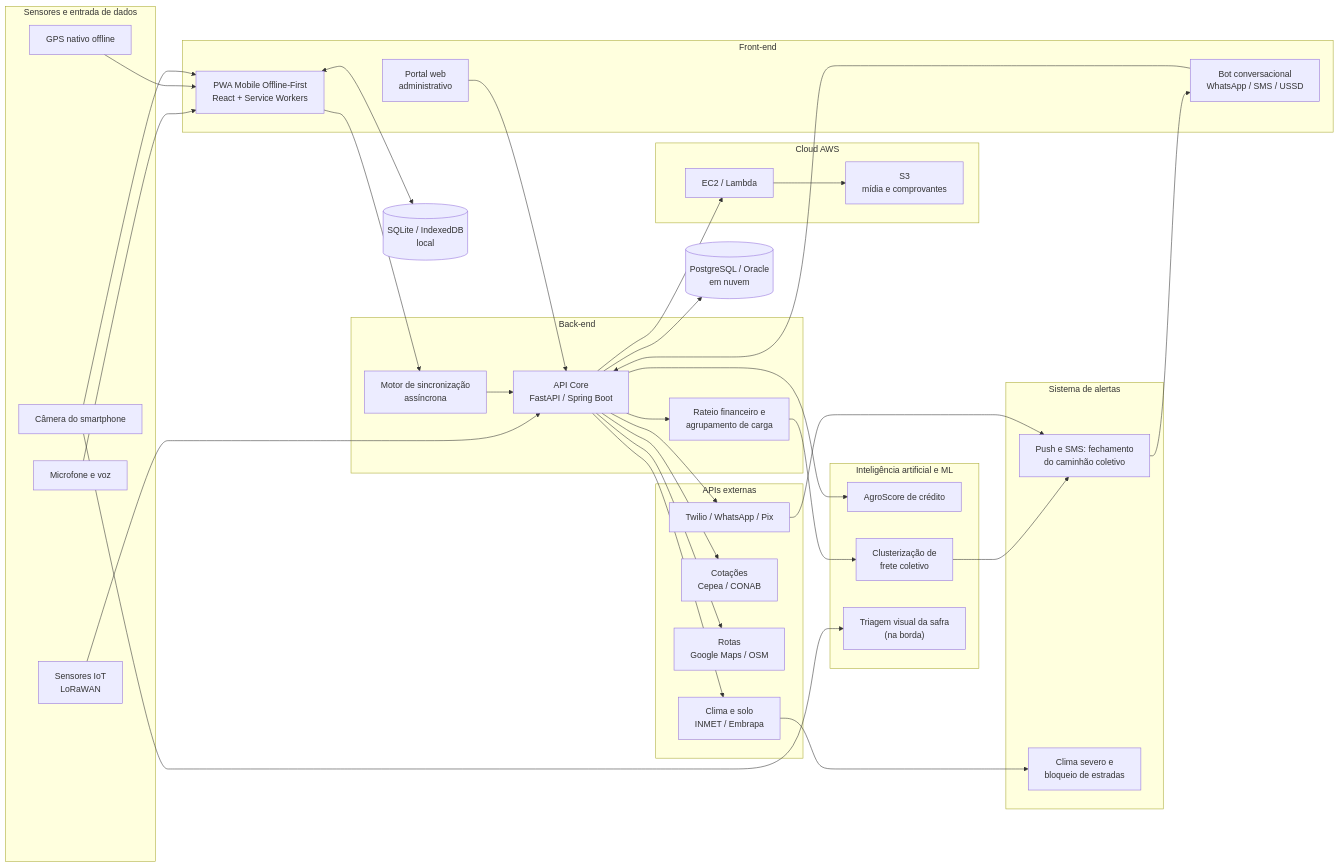
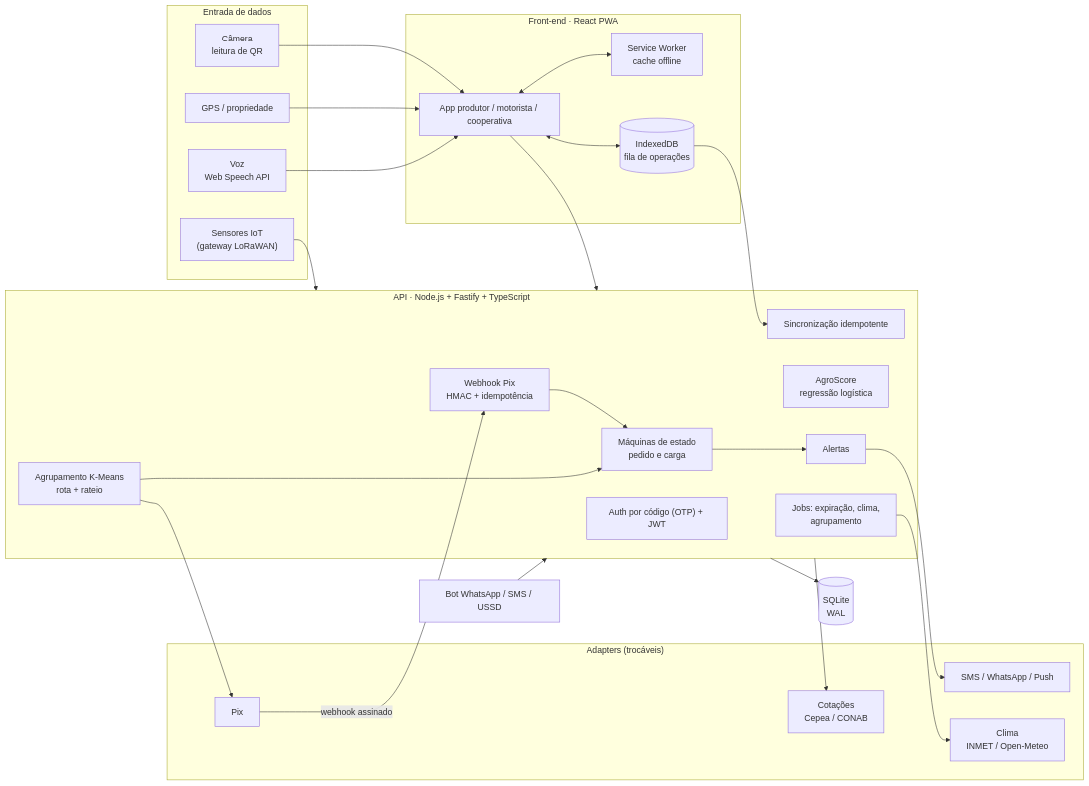
One commit to Codebynaty/agrosync changed the first of 5 diagrams in README.md. Above: the diagram before and after it, drawn with Mermaid. The commit also changed other lines of this file and 77 other files, not shown here.

First line of the commit message:
Implementa o AgroSync: API, PWA offline-first e testes

````diff
--- a/README.md
+++ b/README.md
@@ -64,73 +130,56 @@
 ```mermaid
 flowchart LR
-    subgraph Campo["Sensores e entrada de dados"]
-        IOT["Sensores IoT<br/>LoRaWAN"]
-        MIC["Microfone e voz"]
-        GPS["GPS nativo offline"]
-        CAM["Câmera do smartphone"]
+    subgraph Campo["Entrada de dados"]
+        VOZ["Voz<br/>Web Speech API"]
+        GPS["GPS / propriedade"]
+        CAM["Câmera<br/>leitura de QR"]
+        IOT["Sensores IoT<br/>(gateway LoRaWAN)"]
     end
 
-    subgraph FE["Front-end"]
-        PWA["PWA Mobile Offline-First<br/>React + Service Workers"]
-        BOT["Bot conversacional<br/>WhatsApp / SMS / USSD"]
-        WEB["Portal web<br/>administrativo"]
+    subgraph FE["Front-end · React PWA"]
+        PWA["App produtor / motorista / cooperativa"]
+        SW["Service Worker<br/>cache offline"]
+        IDB[("IndexedDB<br/>fila de operações")]
     end
 
-    LOCAL[("SQLite / IndexedDB<br/>local")]
+    BOT["Bot WhatsApp / SMS / USSD"]
 
-    subgraph BE["Back-end"]
-        SYNC["Motor de sincronização<br/>assíncrona"]
-        CORE["API Core<br/>FastAPI / Spring Boot"]
-        RAT["Rateio financeiro e<br/>agrupamento de carga"]
+    subgraph API["API · Node.js + Fastify + TypeScript"]
+        AUTH["Auth por código (OTP) + JWT"]
+        SYNC["Sincronização idempotente"]
+        FRETE["Agrupamento K-Means<br/>rota + rateio"]
+        SM["Máquinas de estado<br/>pedido e carga"]
+        WH["Webhook Pix<br/>HMAC + idempotência"]
+        SCORE["AgroScore<br/>regressão logística"]
+        ALR["Alertas"]
+        JOBS["Jobs: expiração, clima,<br/>agrupamento"]
     end
 
-    DB[("PostgreSQL / Oracle<br/>em nuvem")]
+    DB[("SQLite<br/>WAL")]
 
-    subgraph AWS["Cloud AWS"]
-        EC2["EC2 / Lambda"]
-        S3["S3<br/>mídia e comprovantes"]
+    subgraph ADP["Adapters (trocáveis)"]
+        PIX["Pix"]
+        MSG["SMS / WhatsApp / Push"]
+        CLI["Clima<br/>INMET / Open-Meteo"]
+        COT["Cotações<br/>Cepea / CONAB"]
     end
 
-    subgraph IA["Inteligência artificial e ML"]
-        SCORE["AgroScore de crédito"]
-        KM["Clusterização de<br/>frete coletivo"]
-        VIS["Triagem visual da safra<br/>(na borda)"]
-    end
-
-    subgraph EXT["APIs externas"]
-        MSG["Twilio / WhatsApp / Pix"]
-        COT["Cotações<br/>Cepea / CONAB"]
-        MAP["Rotas<br/>Google Maps / OSM"]
-        CLI["Clima e solo<br/>INMET / Embrapa"]
-    end
-
-    subgraph ALR["Sistema de alertas"]
-        A1["Push e SMS: fechamento<br/>do caminhão coletivo"]
-        A2["Clima severo e<br/>bloqueio de estradas"]
-    end
-
-    MIC --> PWA
+    VOZ --> PWA
     GPS --> PWA
     CAM --> PWA
-    CAM --> VIS
-    IOT --> CORE
-    PWA <--> LOCAL
-    PWA --> SYNC
-    BOT --> CORE
-    WEB --> CORE
-    SYNC --> CORE
-    CORE --> RAT
-    CORE --> DB
-    CORE --> EC2
-    EC2 --> S3
-    CORE --> SCORE
-    RAT --> KM
-    CORE --> MSG
-    CORE --> COT
-    CORE --> MAP
-    CORE --> CLI
-    KM --> A1
-    CLI --> A2
-    MSG --> A1
-    A1 --> BOT
+    PWA <--> IDB
+    PWA <--> SW
+    IDB --> SYNC
+    PWA --> API
+    BOT --> API
+    IOT --> API
+    API --> DB
+    FRETE --> SM
+    WH --> SM
+    SM --> ALR
+    ALR --> MSG
+    FRETE --> PIX
+    PIX -- webhook assinado --> WH
+    JOBS --> CLI
+    API --> COT
 ```
````
